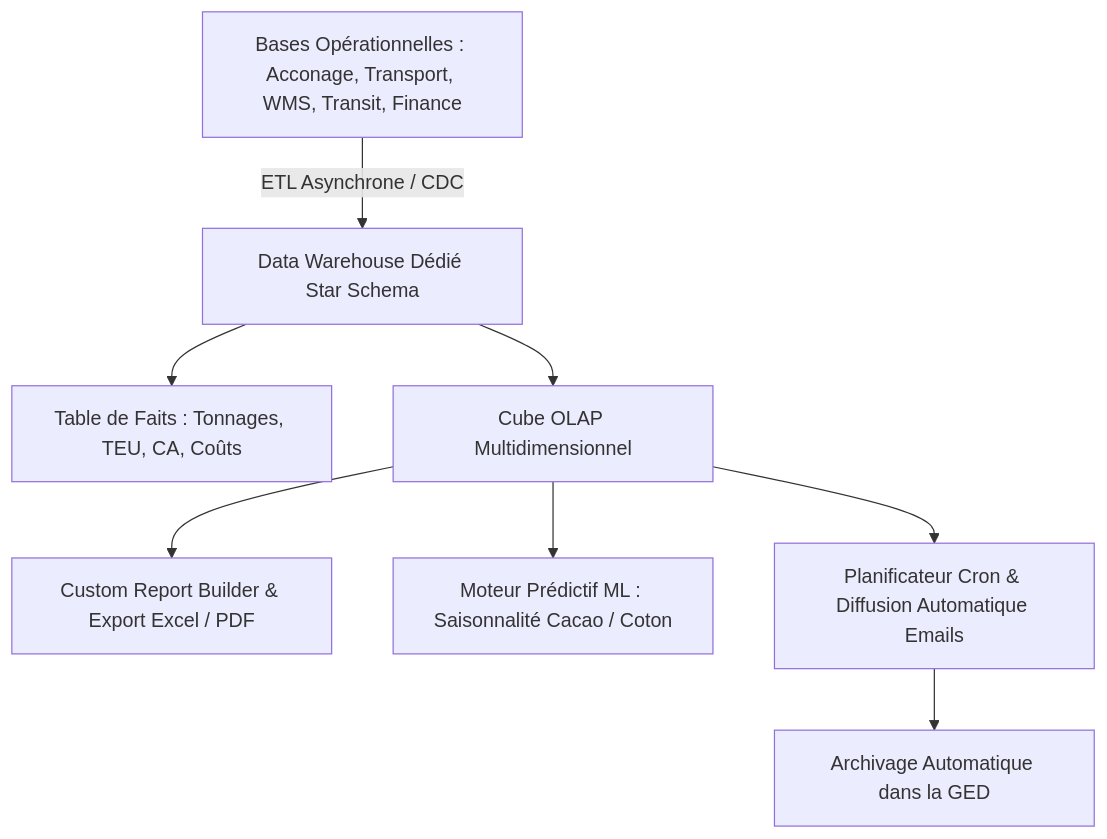
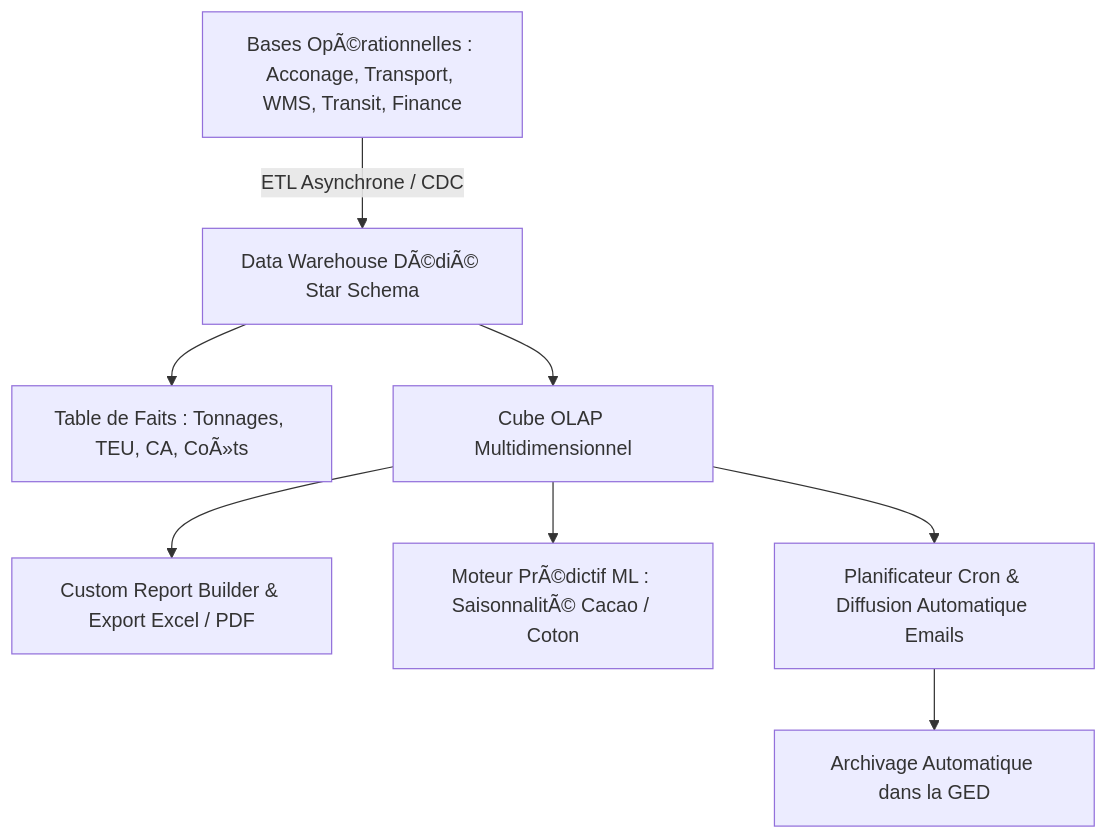
The diagram in RAPORT_EXPERTISE_BI_ANALYTICS.md (elevationchic-ux/evo-log-pro), drawn with Mermaid before and after one commit. The commit also changed other lines of this file and 27 other files, not shown here.

````diff
--- a/RAPORT_EXPERTISE_BI_ANALYTICS.md
+++ b/RAPORT_EXPERTISE_BI_ANALYTICS.md
@@ -49,10 +49,10 @@
 ```mermaid
 graph TD
-    A[Bases Opérationnelles : Acconage, Transport, WMS, Transit, Finance] -->|ETL Asynchrone / CDC| B[Data Warehouse Dédié Star Schema]
-    B --> C[Table de Faits : Tonnages, TEU, CA, Coûts]
+    A[Bases OpÃ©rationnelles : Acconage, Transport, WMS, Transit, Finance] -->|ETL Asynchrone / CDC| B[Data Warehouse DÃ©diÃ© Star Schema]
+    B --> C[Table de Faits : Tonnages, TEU, CA, CoÃ»ts]
     B --> D[Cube OLAP Multidimensionnel]
     D --> E[Custom Report Builder & Export Excel / PDF]
-    D --> F[Moteur Prédictif ML : Saisonnalité Cacao / Coton]
+    D --> F[Moteur PrÃ©dictif ML : SaisonnalitÃ© Cacao / Coton]
     D --> G[Planificateur Cron & Diffusion Automatique Emails]
     G --> H[Archivage Automatique dans la GED]
 ```
````
